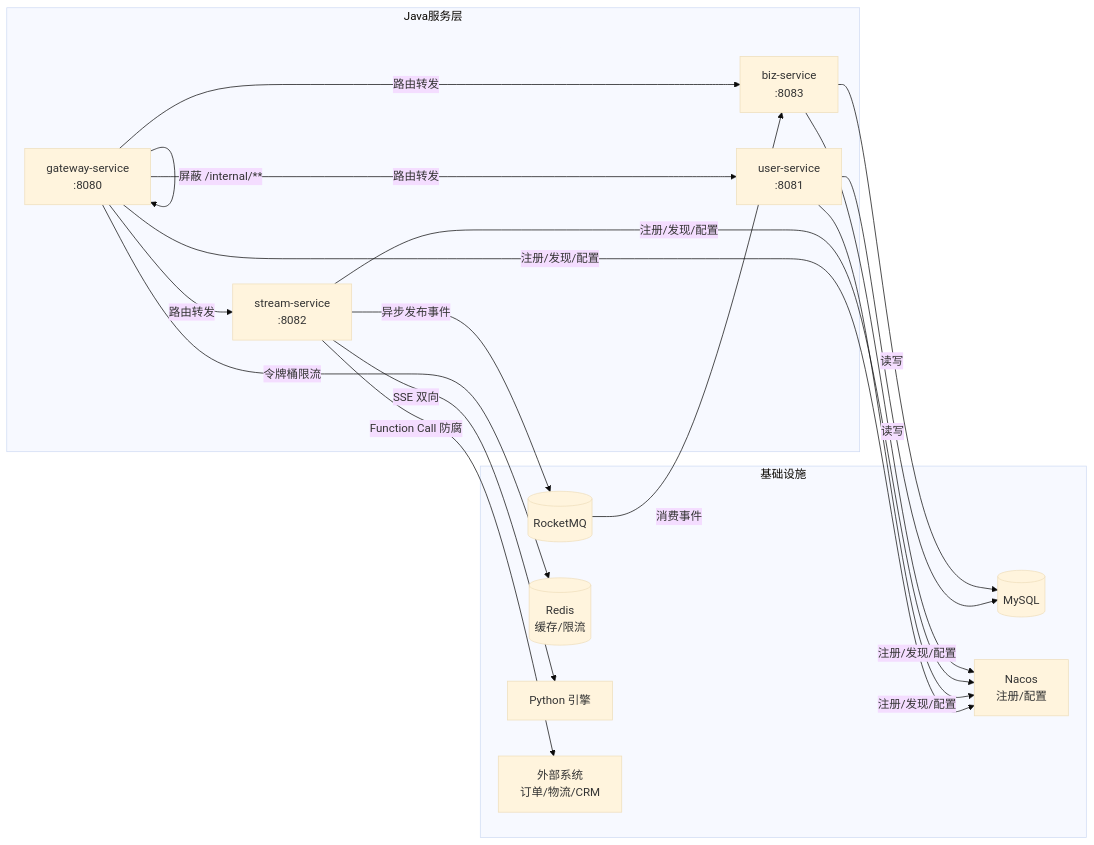
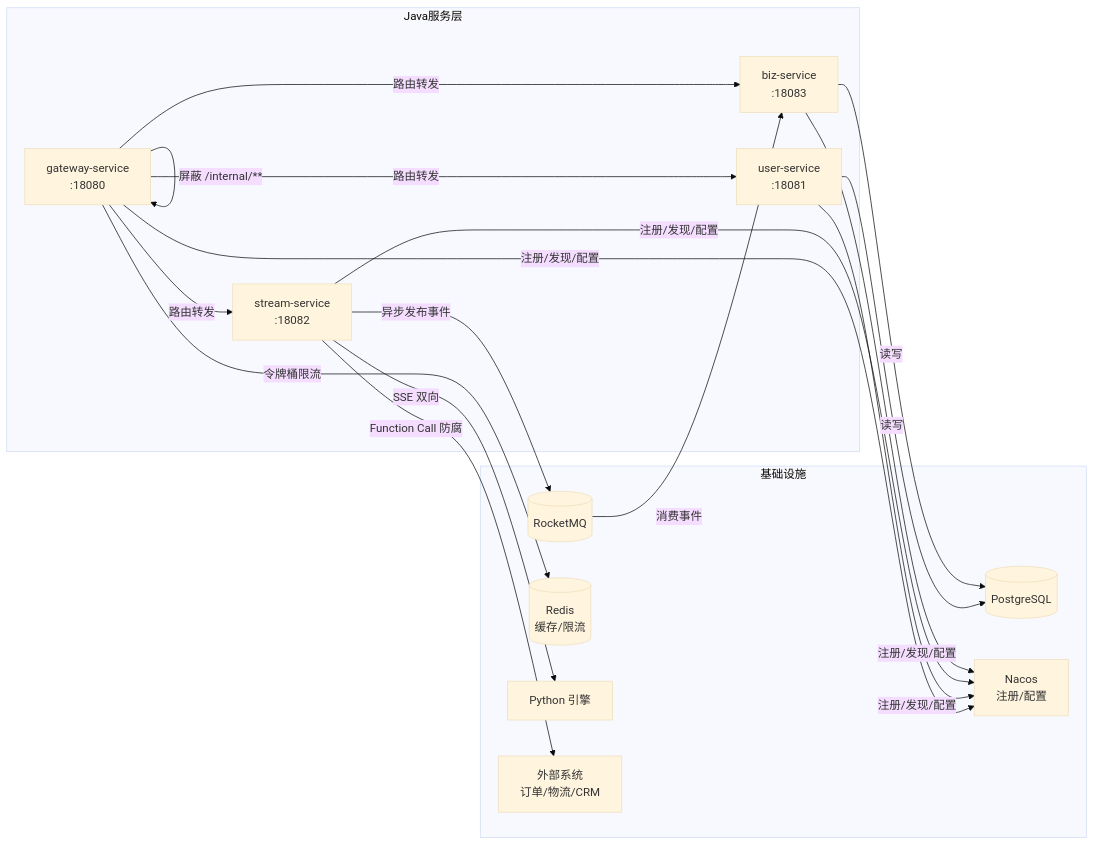
The third of 3 diagrams in docs/sdd/初始化Java服务.md (Pymjl/ai-customer-service-platform), drawn with Mermaid (base theme) before and after one commit. The commit also changed other lines of this file and 26 other files, not shown here.

````diff
--- a/docs/sdd/初始化Java服务.md
+++ b/docs/sdd/初始化Java服务.md
@@ -132,38 +132,38 @@
 ```mermaid
 flowchart LR
     subgraph Java服务层
         G[gateway-service
-:8080]
+:18080]
         U[user-service
-:8081]
+:18081]
         S[stream-service
-:8082]
+:18082]
         B[biz-service
-:8083]
+:18083]
     end
 
     subgraph 基础设施
         MQ[(RocketMQ)]
         RD[(Redis
 缓存/限流)]
-        DB[(MySQL)]
+        DB[(PostgreSQL)]
         NC[Nacos
 注册/配置]
         PY[Python 引擎]
         EXT[外部系统
 订单/物流/CRM]
     end
 
     G -->|路由转发| U
     G -->|路由转发| S
     G -->|路由转发| B
     G -->|屏蔽 /internal/**| G
     G -->|令牌桶限流| RD
     U -->|读写| DB
     S -->|SSE 双向| PY
     S -->|Function Call 防腐| EXT
     S -->|异步发布事件| MQ
     MQ -->|消费事件| B
     B -->|读写| DB
     G & U & S & B -->|注册/发现/配置| NC
 ```
````
